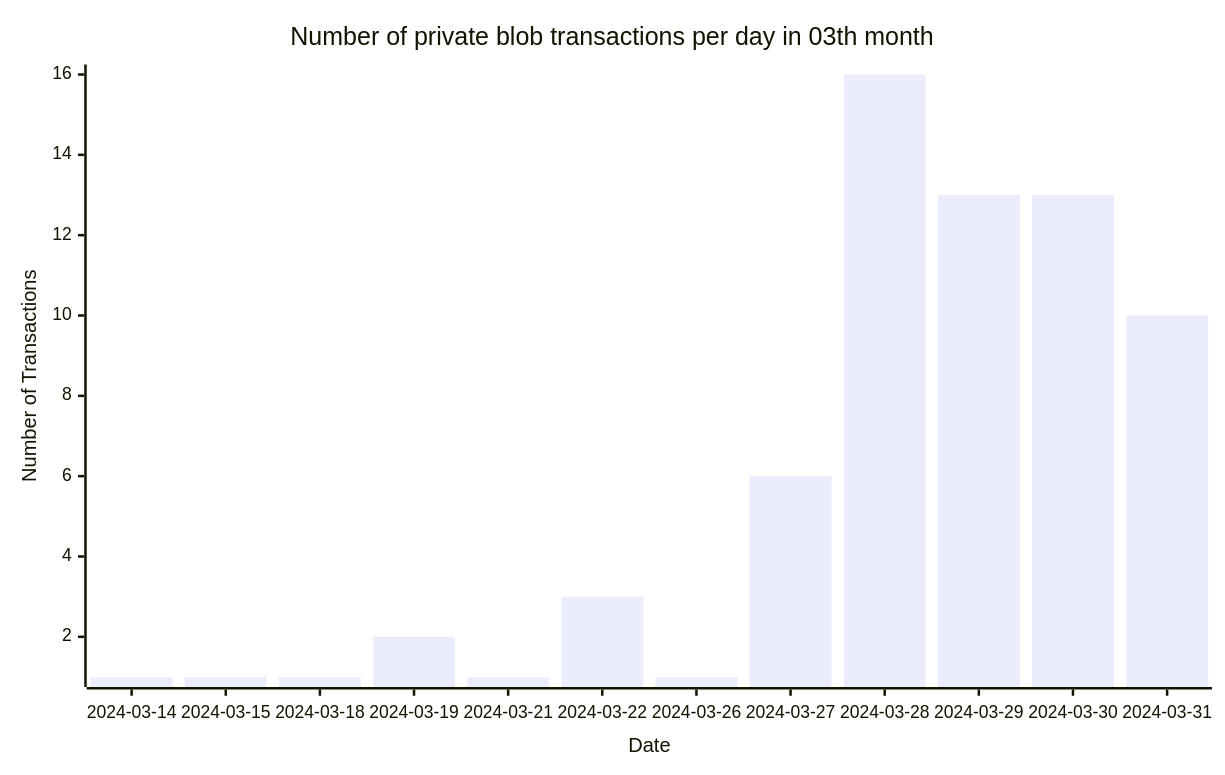
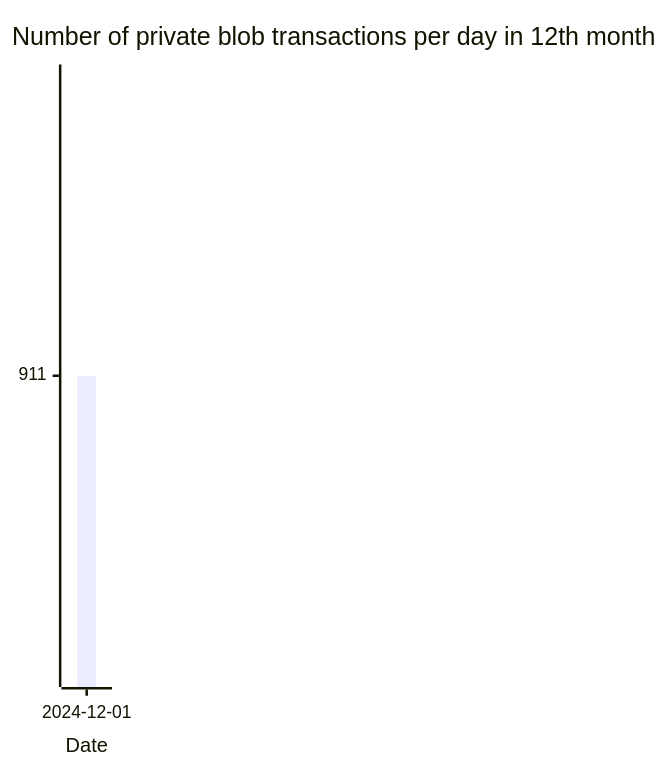
The diagram in README.md (Amit0617/eip4844-data), drawn with Mermaid before and after one commit. The commit also changed other lines of this file, not shown here.

````diff
--- a/README.md
+++ b/README.md
@@ -1,12 +1,12 @@
 ```mermaid
 ---
 config:
     xyChart:
-        width: 960
+        width: 80
         height: 600
 ---
-xychart-beta title "Number of private blob transactions per day in 03th month"
-x-axis "Date" [2024-03-14,2024-03-15,2024-03-18,2024-03-19,2024-03-21,2024-03-22,2024-03-26,2024-03-27,2024-03-28,2024-03-29,2024-03-30,2024-03-31]
+xychart-beta title "Number of private blob transactions per day in 12th month"
+x-axis "Date" [2024-12-01]
 y-axis "Number of Transactions"
-bar[1,1,1,2,1,3,1,6,16,13,13,10]
+bar[911]
 ```
````
